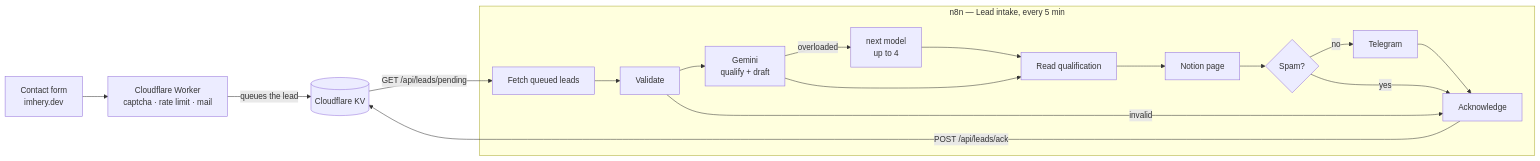
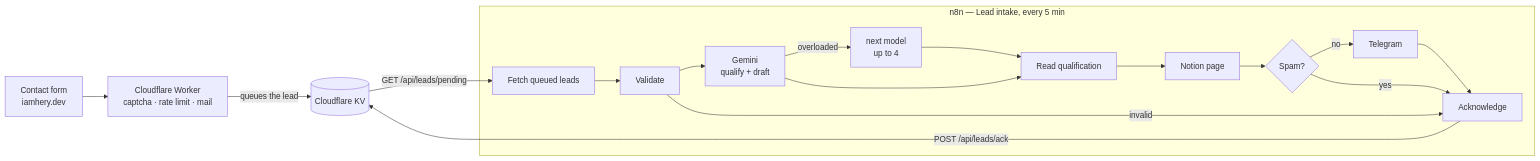
Before and after one commit to Hery0019/lead-assistant: the diagram in README.md, drawn with Mermaid. The commit also changed other lines of this file and 1 other file, not shown here.

````diff
--- a/README.md
+++ b/README.md
@@ -17,17 +26,17 @@
 ```mermaid
 flowchart LR
-  F[Contact form<br/>imhery.dev] --> W[Cloudflare Worker<br/>captcha · rate limit · mail]
+  F[Contact form<br/>iamhery.dev] --> W[Cloudflare Worker<br/>captcha · rate limit · mail]
   W -- "queues the lead" --> K[(Cloudflare KV)]
   subgraph n8n [n8n — Lead intake, every 5 min]
     P[Fetch queued leads] --> V[Validate] --> G[Gemini<br/>qualify + draft]
     G -- "overloaded" --> G2[next model<br/>up to 4] --> Q
     G --> Q[Read qualification] --> N[Notion page]
     N --> S{Spam?}
     S -- no --> T[Telegram]
     T --> A[Acknowledge]
     S -- yes --> A
     V -- invalid --> A
   end
   K -- "GET /api/leads/pending" --> P
   A -- "POST /api/leads/ack" --> K
 ```
````
